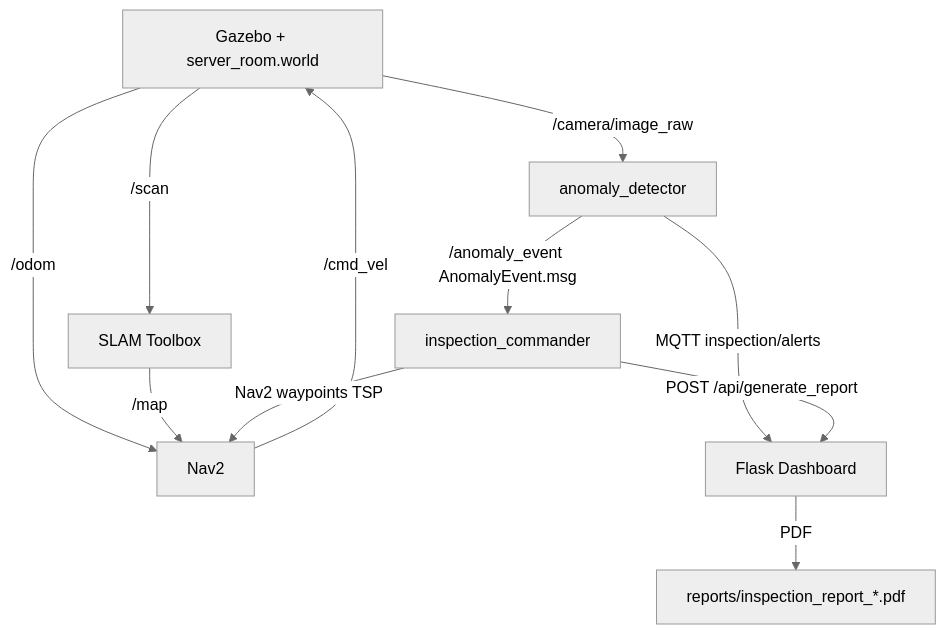
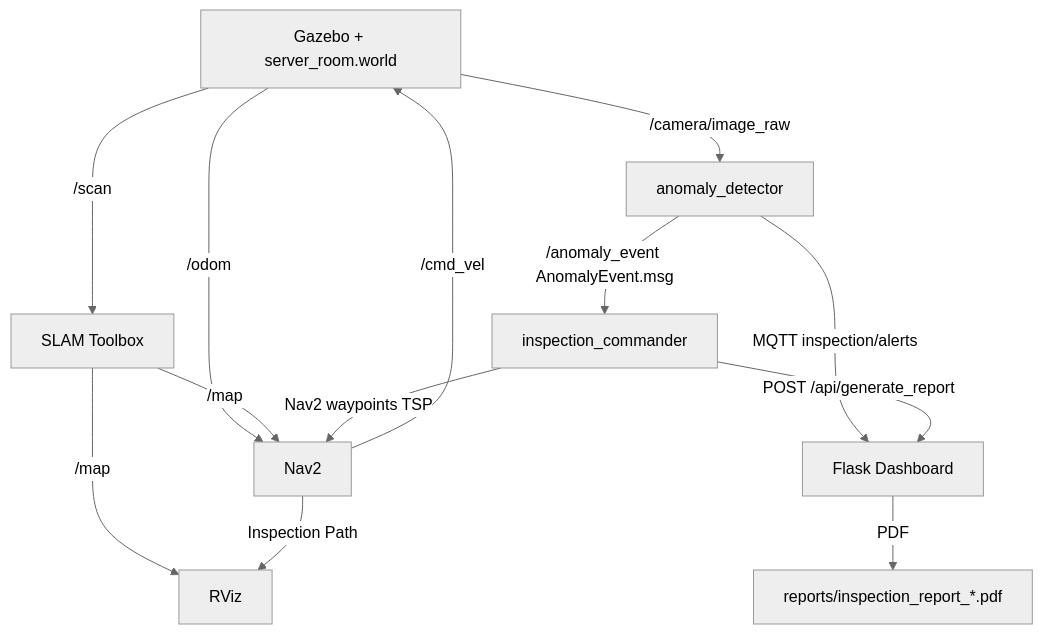
The diagram in README.md (achraf25-ctrl/autonomous-server-room-inspection-robot), drawn with Mermaid (neutral theme) before and after one commit. The commit also changed other lines of this file, not shown here.

````diff
--- a/README.md
+++ b/README.md
@@ -81,13 +81,15 @@
 ```mermaid
 graph TD
     A[Gazebo + server_room.world] -->|/camera/image_raw| B[anomaly_detector]
     A -->|/scan| C[SLAM Toolbox]
     A -->|/odom| D[Nav2]
     B -->|/anomaly_event AnomalyEvent.msg| E[inspection_commander]
     B -->|MQTT inspection/alerts| F[Flask Dashboard]
     C -->|/map| D
+    C -->|/map| G[RViz]
     D -->|/cmd_vel| A
+    D -->|Inspection Path| G
     E -->|Nav2 waypoints TSP| D
     E -->|POST /api/generate_report| F
-    F -->|PDF| G[reports/inspection_report_*.pdf]
+    F -->|PDF| H[reports/inspection_report_*.pdf]
 ```
````
